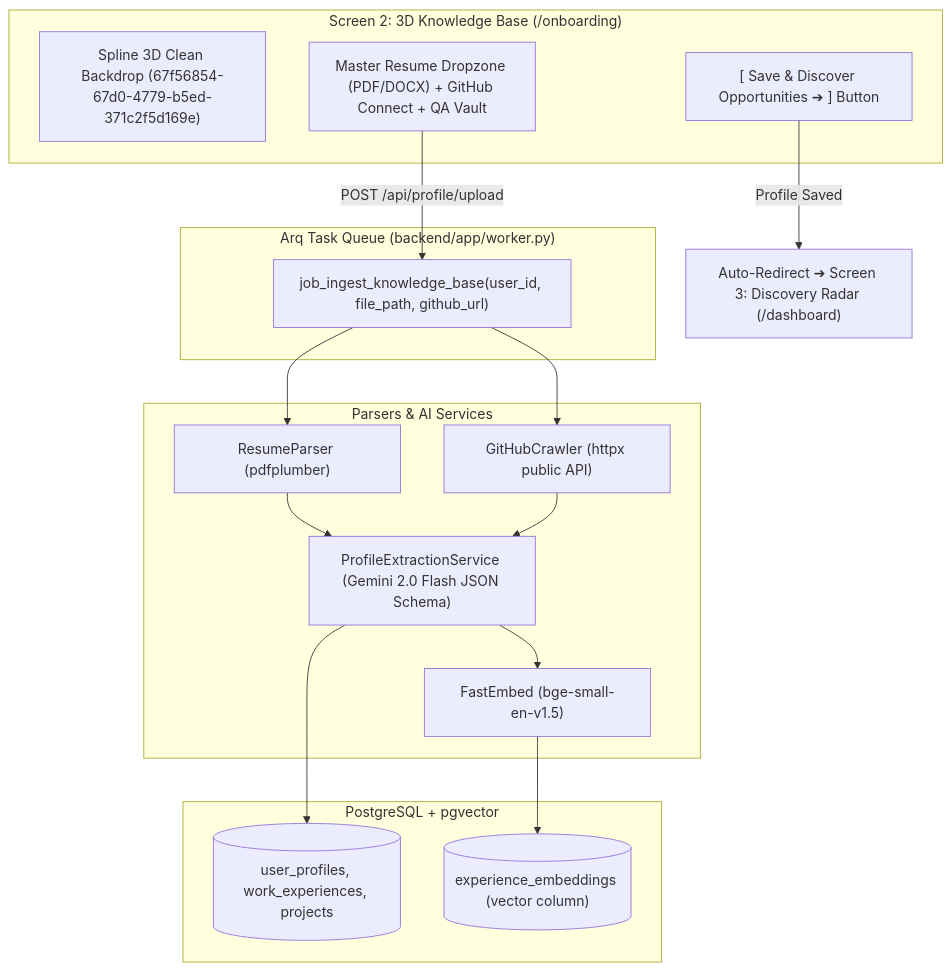
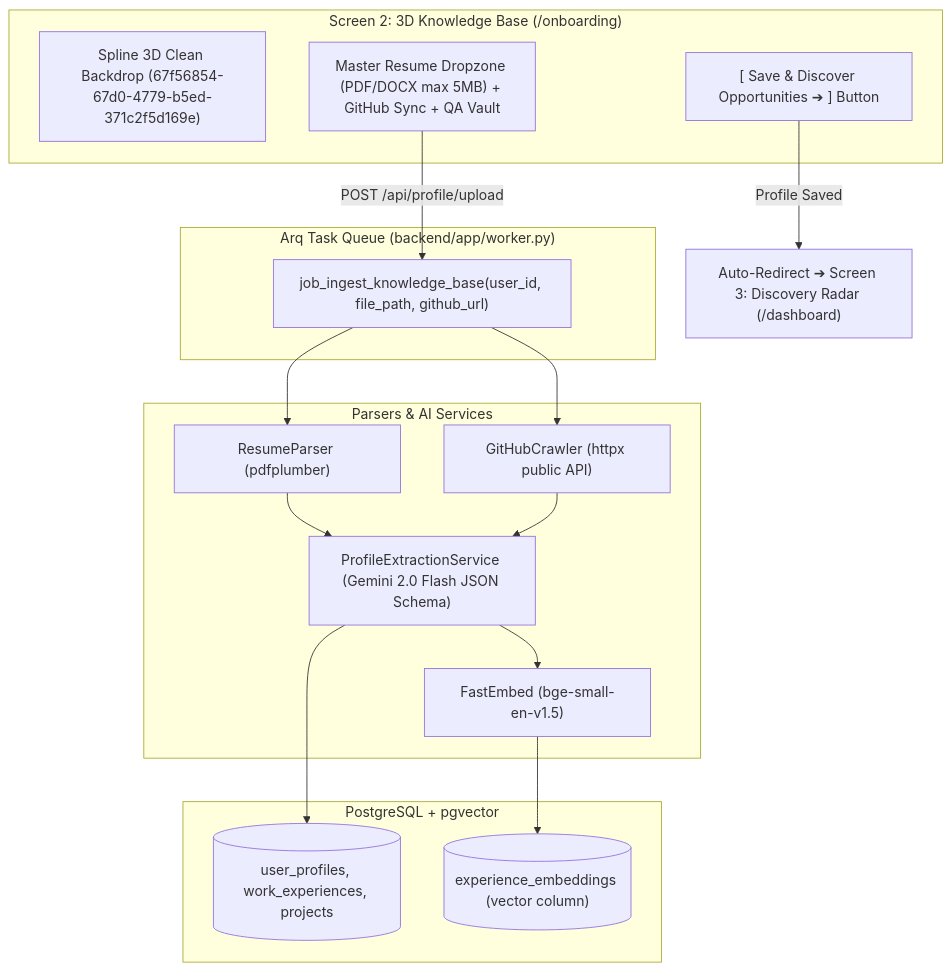
The second of 7 diagrams in Docs/IMPLEMENTATION_PLAN.md (creed-online/getaJob.ai), drawn with Mermaid before and after one commit. The commit also changed other lines of this file and 5 other files, not shown here.

Commit message:
feat: scaffold production codebase structure and finalize v2 architecture docs

````diff
--- a/Docs/IMPLEMENTATION_PLAN.md
+++ b/Docs/IMPLEMENTATION_PLAN.md
@@ -105,31 +105,31 @@
 ```mermaid
 flowchart TD
     subgraph S2_UI ["Screen 2: 3D Knowledge Base (/onboarding)"]
         SplineScene2["Spline 3D Clean Backdrop (67f56854-67d0-4779-b5ed-371c2f5d169e)"]
-        Dropzone["Master Resume Dropzone (PDF/DOCX) + GitHub Connect + QA Vault"]
+        Dropzone["Master Resume Dropzone (PDF/DOCX max 5MB) + GitHub Sync + QA Vault"]
         BtnSave["[ Save & Discover Opportunities ➔ ] Button"]
     end
 
     subgraph BackgroundWorker ["Arq Task Queue (backend/app/worker.py)"]
         JobIngest["job_ingest_knowledge_base(user_id, file_path, github_url)"]
     end
 
     subgraph ParsersAndAI ["Parsers & AI Services"]
         P_PDF["ResumeParser (pdfplumber)"]
         P_GH["GitHubCrawler (httpx public API)"]
         LLM["ProfileExtractionService (Gemini 2.0 Flash JSON Schema)"]
         FastEmbed["FastEmbed (bge-small-en-v1.5)"]
     end
 
     subgraph Storage ["PostgreSQL + pgvector"]
         T_Profile[("user_profiles, work_experiences, projects")]
         T_Embeddings[("experience_embeddings (vector column)")]
     end
 
     Dropzone -->|POST /api/profile/upload| JobIngest
     JobIngest --> P_PDF --> LLM
     JobIngest --> P_GH --> LLM
     LLM --> T_Profile
     LLM --> FastEmbed --> T_Embeddings
     BtnSave -->|Profile Saved| Redirect["Auto-Redirect ➔ Screen 3: Discovery Radar (/dashboard)"]
 ```
````
